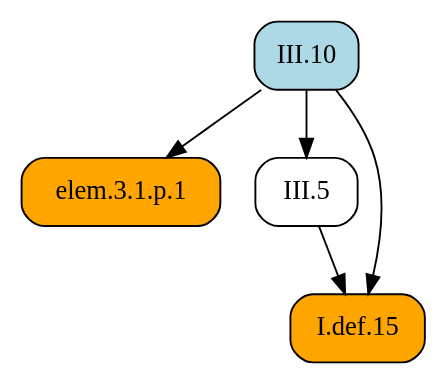
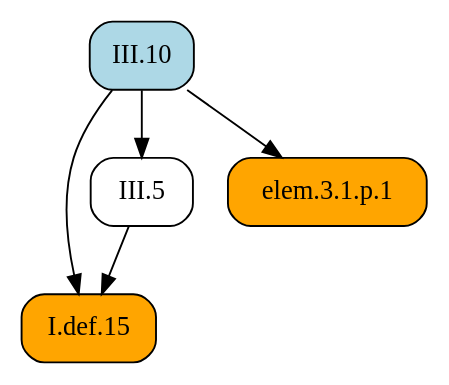
The diagram in docsrc/elements2/III/10/index.rst (geometor/elements), drawn with Graphviz before and after one commit. The commit also changed other lines of this file and 171 other files, not shown here.

```diff
--- a/docsrc/elements2/III/10/index.rst
+++ b/docsrc/elements2/III/10/index.rst
@@ -65,14 +65,14 @@
 .. graphviz::
 
    digraph {
      rankdir="TB";
      node [shape=box, style=rounded];
+     "I.def.15" [style="rounded,filled", fillcolor=orange, URL="/elements2/I/def.15/", target="_top"];
+     "III.5" [URL="/elements2/III/5/", target="_top"];
+     "III.10" [style="rounded,filled", fillcolor=lightblue, URL="/elements2/III/10/", target="_top"];
      "elem.3.1.p.1" [style="rounded,filled", fillcolor=orange];
-     "III.5" [URL="/elements2/III/5/", target="_top"];
-     "I.def.15" [style="rounded,filled", fillcolor=orange, URL="/elements2/I/def.15/", target="_top"];
-     "III.10" [style="rounded,filled", fillcolor=lightblue, URL="/elements2/III/10/", target="_top"];
-     "III.10" -> "elem.3.1.p.1";
-     "III.10" -> "III.5";
      "III.5" -> "I.def.15";
      "III.10" -> "I.def.15";
+     "III.10" -> "III.5";
+     "III.10" -> "elem.3.1.p.1";
    }
```
